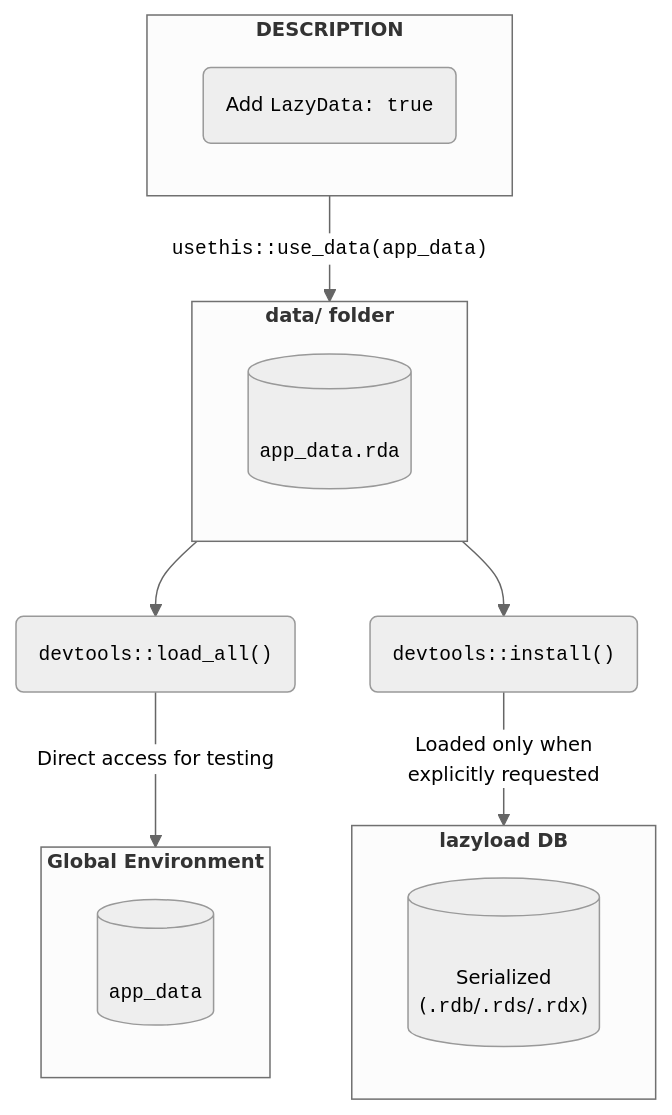
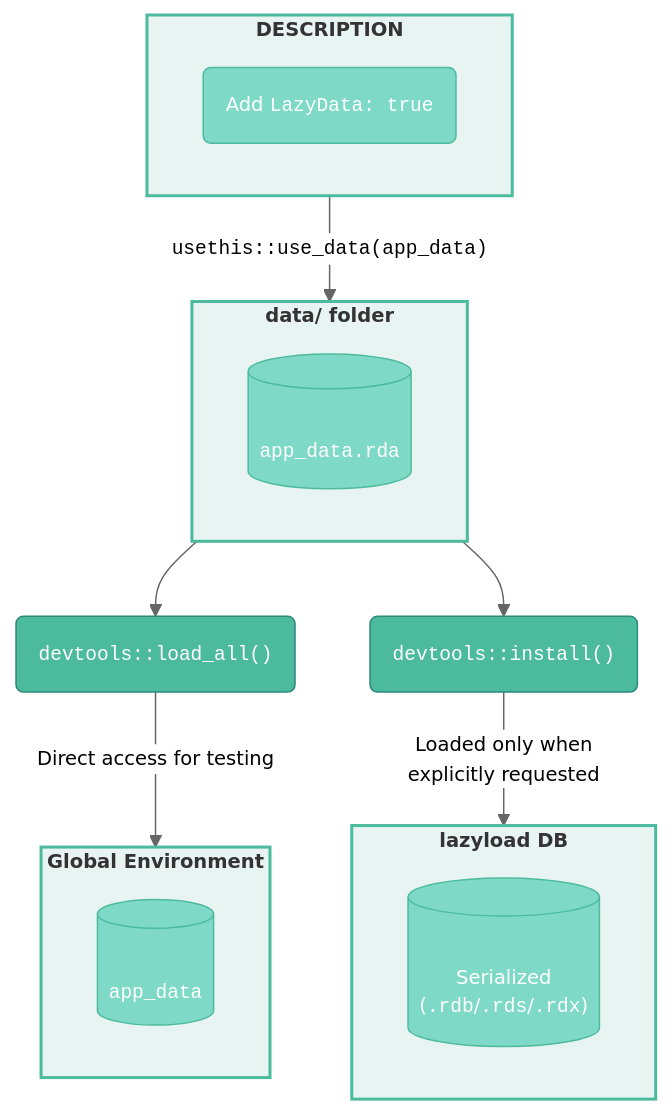
Before and after one commit to mjfrigaard/shiny-app-pkgs: the diagram in data.qmd, drawn with Mermaid.

Commit message:
Style mermaid diagram in data.qmd with teal palette
- LazyData field workflow diagram
- Applied teal/light-teal container styling

````diff
--- a/data.qmd
+++ b/data.qmd
@@ -215,26 +215,37 @@
 ```{mermaid}
 %%| fig-cap: 'LazyData field in the DESCRIPTION file'
 %%| fig-align: center
 %%{init: {'theme': 'neutral', 'themeVariables': { 'fontFamily': 'monospace', "fontSize":"13px"}}}%%
 flowchart TD
     subgraph DESC["<strong>DESCRIPTION</strong>"]
         LazyData("Add <code>LazyData: true</code>")
     end
     subgraph Data["<strong>data/ folder</strong>"]
         app_data[("<br><code>app_data.rda</code>")]
     end
     subgraph Global["<strong>Global Environment</strong>"]
         load_data[("<br><code>app_data</code>")]
     end
     subgraph Lazy["<strong>lazyload DB</strong>"]
         app_data_lazy[("<br>Serialized<br> (<code>.rdb</code>/<code>.rds</code>/<code>.rdx</code>)")]
     end
     load("<code>devtools::load_all()</code>")
     inst("<code>devtools::install()</code>")
     
     DESC -->|"<code>usethis::use_data(app_data)</code>"|Data
     Data --> load & inst
     load --> |"Direct access for testing"|Global
     inst --> |"Loaded only when<br>explicitly requested"|Lazy
-  
+
+    style DESC fill:#e8f4f1,stroke:#4CBB9D,stroke-width:2px
+    style Data fill:#e8f4f1,stroke:#4CBB9D,stroke-width:2px
+    style Global fill:#e8f4f1,stroke:#4CBB9D,stroke-width:2px
+    style Lazy fill:#e8f4f1,stroke:#4CBB9D,stroke-width:2px
+    style LazyData fill:#7fd9c7,color:#fff,stroke:#4CBB9D,stroke-width:1px
+    style app_data fill:#7fd9c7,color:#fff,stroke:#4CBB9D,stroke-width:1px
+    style load_data fill:#7fd9c7,color:#fff,stroke:#4CBB9D,stroke-width:1px
+    style app_data_lazy fill:#7fd9c7,color:#fff,stroke:#4CBB9D,stroke-width:1px
+    style load fill:#4CBB9D,color:#fff,stroke:#2d8a7a,stroke-width:1px
+    style inst fill:#4CBB9D,color:#fff,stroke:#2d8a7a,stroke-width:1px
+
 ```
````
